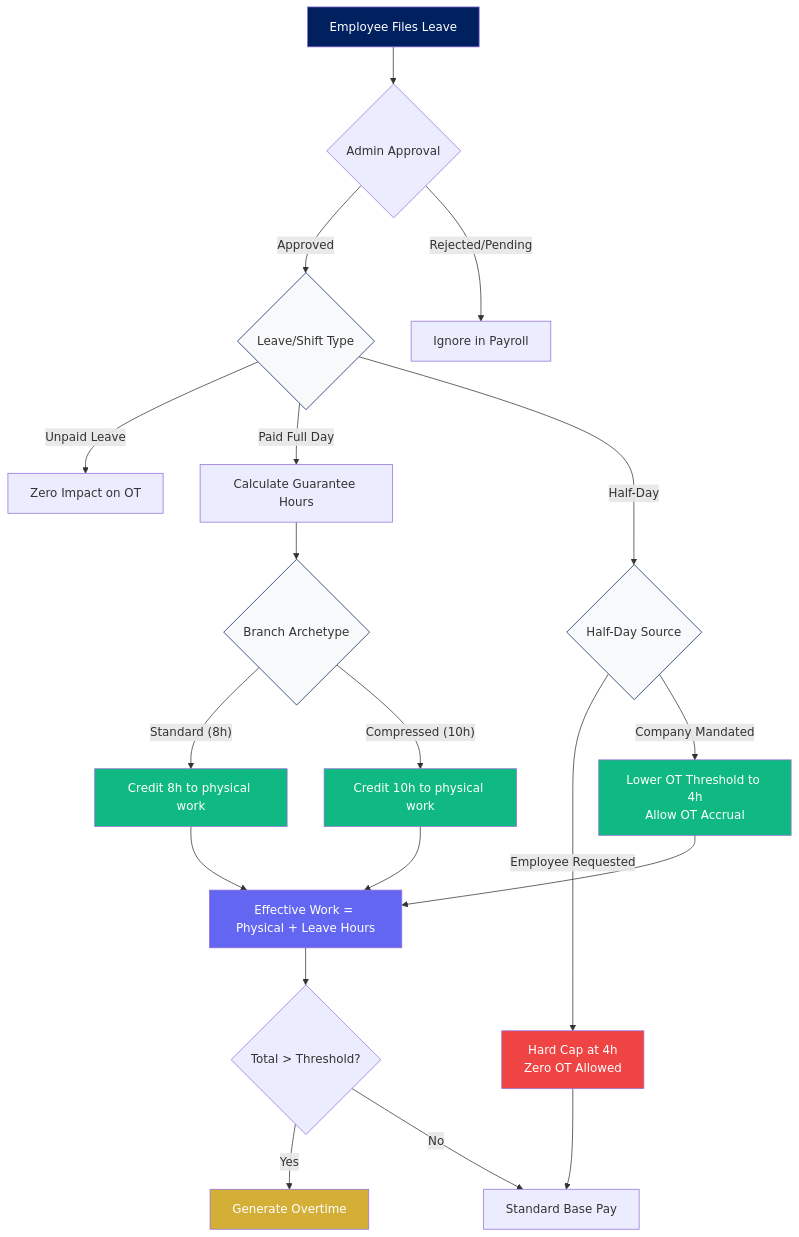
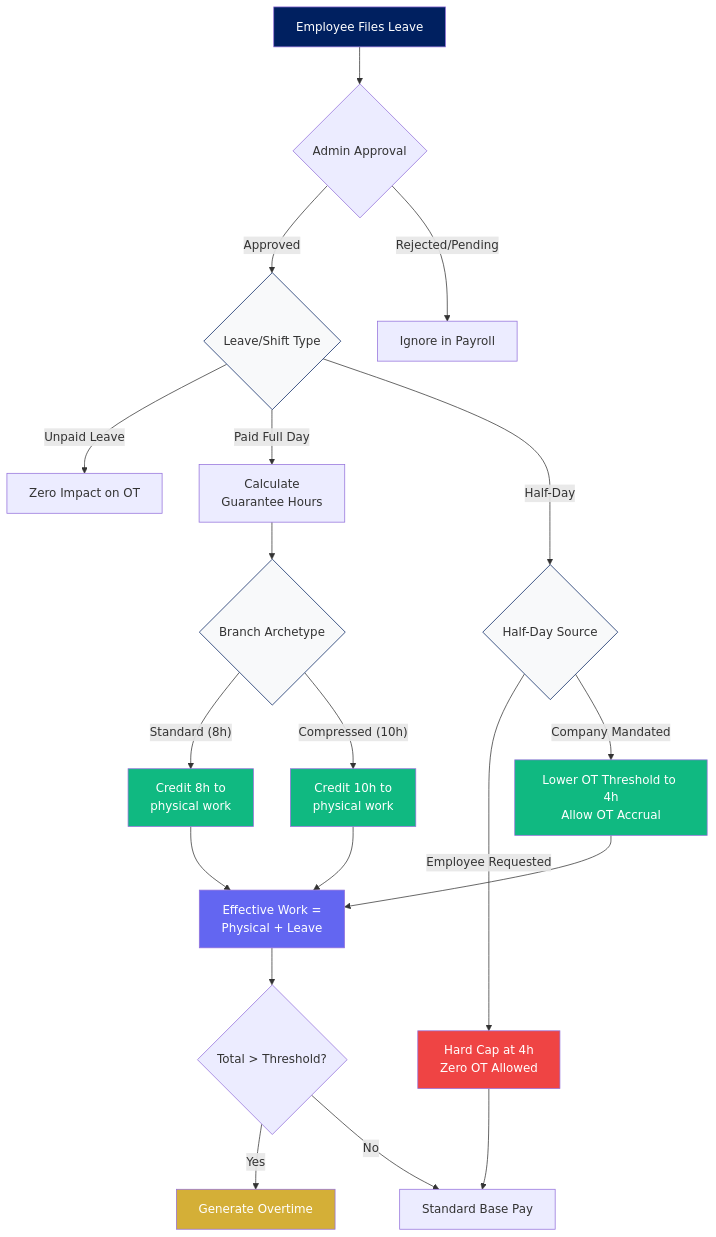
The ninth of 16 diagrams in README.md (binssente-crypto/PAYROLL-DOCUMENTATION), drawn with Mermaid before and after one commit. The commit also changed other lines of this file, not shown here.

````diff
--- a/README.md
+++ b/README.md
@@ -298,38 +298,38 @@
 ```mermaid
 flowchart TD
     FILE[Employee Files Leave] --> APPROVAL{Admin Approval}
     APPROVAL -- "Approved" --> TYPE{Leave/Shift Type}
     APPROVAL -- "Rejected/Pending" --> IGNORE[Ignore in Payroll]
     
     TYPE -- "Unpaid Leave" --> NO_OT[Zero Impact on OT]
-    TYPE -- "Paid Full Day" --> HOURS[Calculate Guarantee Hours]
+    TYPE -- "Paid Full Day" --> HOURS["Calculate<br/>Guarantee Hours"]
     TYPE -- "Half-Day" --> HALF{Half-Day Source}
     
     HOURS --> ARCH{Branch Archetype}
-    ARCH -- "Standard (8h)" --> CRED_8[Credit 8h to physical work]
-    ARCH -- "Compressed (10h)" --> CRED_10[Credit 10h to physical work]
+    ARCH -- "Standard (8h)" --> CRED_8["Credit 8h to<br/>physical work"]
+    ARCH -- "Compressed (10h)" --> CRED_10["Credit 10h to<br/>physical work"]
     
-    CRED_8 --> CALC[Effective Work = Physical + Leave Hours]
+    CRED_8 --> CALC["Effective Work =<br/>Physical + Leave"]
     CRED_10 --> CALC
     
-    HALF -- "Employee Requested" --> CAP[Hard Cap at 4h\nZero OT Allowed]
-    HALF -- "Company Mandated" --> LOWER[Lower OT Threshold to 4h\nAllow OT Accrual]
+    HALF -- "Employee Requested" --> CAP["Hard Cap at 4h<br/>Zero OT Allowed"]
+    HALF -- "Company Mandated" --> LOWER["Lower OT Threshold to 4h<br/>Allow OT Accrual"]
     
     LOWER --> CALC
     CAP --> BASE[Standard Base Pay]
 
     CALC --> OT_THRESH{Total > Threshold?}
     OT_THRESH -- "Yes" --> OT_GEN[Generate Overtime]
     OT_THRESH -- "No" --> BASE
 
     style FILE fill:#002060,color:#fff
     style TYPE fill:#f8f9fa,stroke:#002060
     style ARCH fill:#f8f9fa,stroke:#002060
     style HALF fill:#f8f9fa,stroke:#002060
     style CAP fill:#ef4444,color:#fff
     style LOWER fill:#10b981,color:#fff
     style CRED_8 fill:#10b981,color:#fff
     style CRED_10 fill:#10b981,color:#fff
     style CALC fill:#6366f1,color:#fff
     style OT_GEN fill:#D4AF37,color:#fff
 ```
````
